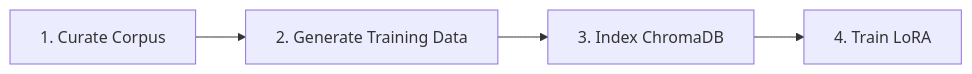
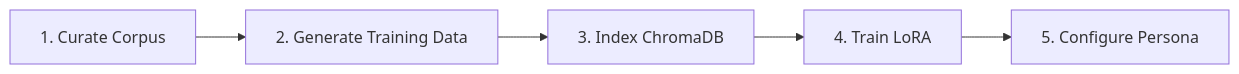
Before and after one commit to yogthos/revenant: the first of 2 diagrams in README.md, drawn with Mermaid. The commit also changed other lines of this file and 5 other files, not shown here.

````diff
--- a/README.md
+++ b/README.md
@@ -91,6 +91,7 @@
 ```mermaid
 flowchart LR
     A[1. Curate Corpus] --> B[2. Generate Training Data]
     B --> C[3. Index ChromaDB]
     C --> D[4. Train LoRA]
+    D --> E[5. Configure Persona]
 ```
````
